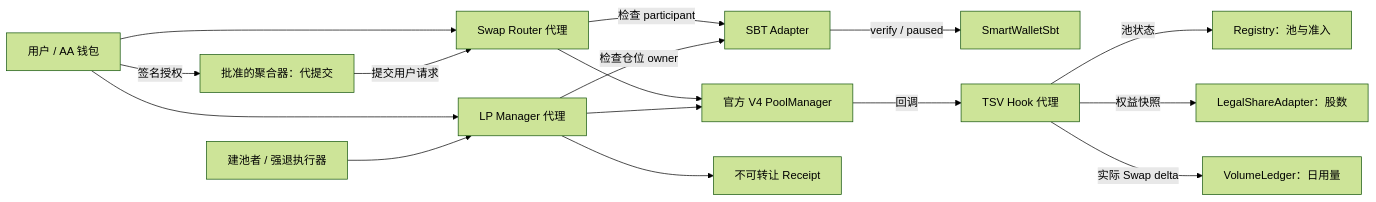
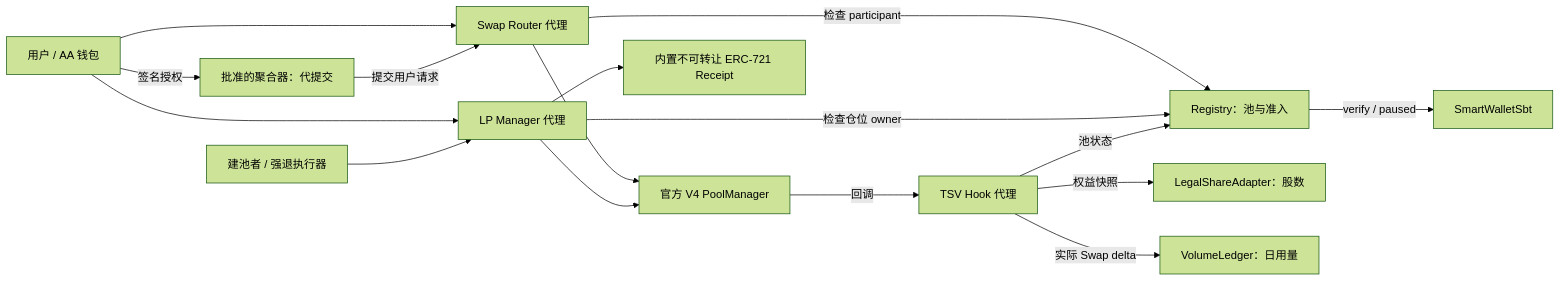
Before and after one commit to okx/tsv: the first of 4 diagrams in docs/CONTRACT_ARCHITECTURE.md, drawn with Mermaid (forest theme). The commit also changed other lines of this file and 47 other files, not shown here.

````diff
--- a/docs/CONTRACT_ARCHITECTURE.md
+++ b/docs/CONTRACT_ARCHITECTURE.md
@@ -70,18 +70,18 @@
 ```mermaid
 flowchart LR
   U["用户 / AA 钱包"] --> R["Swap Router 代理"]
   U --> LP["LP Manager 代理"]
   U -->|签名授权| AG["批准的聚合器：代提交"]
   AG -->|提交用户请求| R
   OP["建池者 / 强退执行器"] --> LP
-  R -->|检查 participant| S["SBT Adapter"]
-  LP -->|检查仓位 owner| S
-  S -->|verify / paused| B["SmartWalletSbt"]
+  R -->|检查 participant| RG
+  LP -->|检查仓位 owner| RG
+  RG -->|verify / paused| B["SmartWalletSbt"]
   R --> PM["官方 V4 PoolManager"]
   LP --> PM
-  LP --> RC["不可转让 Receipt"]
+  LP --> RC["内置不可转让 ERC-721 Receipt"]
   PM -->|回调| H["TSV Hook 代理"]
   H -->|池状态| RG["Registry：池与准入"]
   H -->|权益快照| LA["LegalShareAdapter：股数"]
   H -->|实际 Swap delta| VL["VolumeLedger：日用量"]
 ```
````
